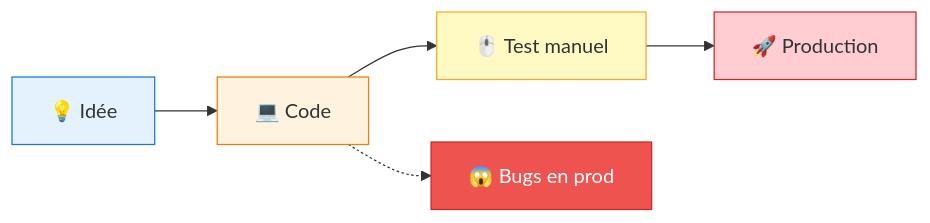
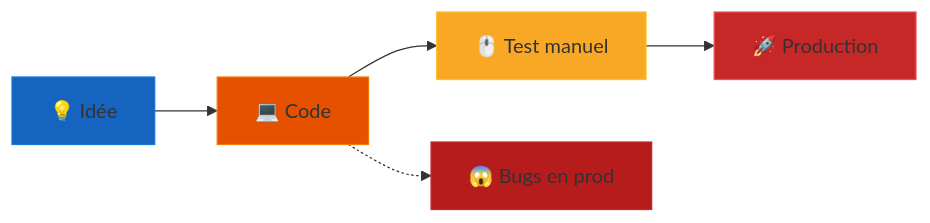
Before and after one commit to mindlet-app/docs: the second of 3 diagrams in src/content/docs/annexes/difficultes.mdx, drawn with Mermaid. The commit also changed other lines of this file and 17 other files, not shown here.

First line of the commit message:
feat: Update Mermaid diagrams and enhance documentation clarity

````diff
--- a/src/content/docs/annexes/difficultes.mdx
+++ b/src/content/docs/annexes/difficultes.mdx
@@ -251,13 +251,13 @@
 ```mermaid
 flowchart LR
     A["💡 Idée"] --> B["💻 Code"]
     B --> C["🖱️ Test manuel"]
     C --> D["🚀 Production"]
     B -.-> E["😱 Bugs en prod"]
     
-    style A fill:#e3f2fd,stroke:#1976d2
-    style B fill:#fff3e0,stroke:#f57c00
-    style C fill:#fff9c4,stroke:#f9a825
-    style D fill:#ffcdd2,stroke:#c62828
-    style E fill:#ef5350,stroke:#c62828,color:#fff
+    style A fill:#1565c0,stroke:#1976d2
+    style B fill:#e65100,stroke:#f57c00
+    style C fill:#f9a825,stroke:#fbc02d
+    style D fill:#c62828,stroke:#ef5350
+    style E fill:#b71c1c,stroke:#c62828
 ```
````
